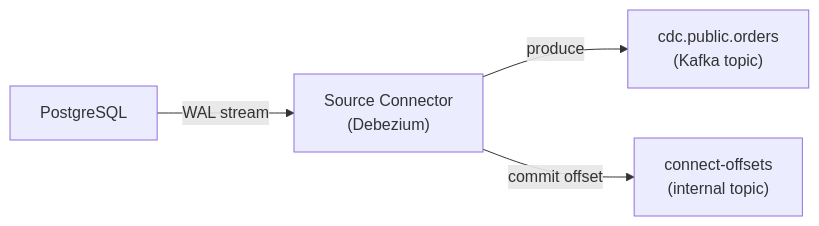
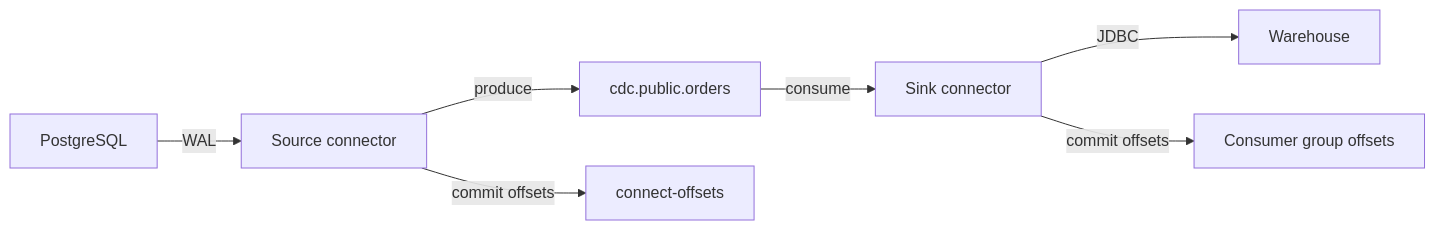
One commit to bmscomp/kates changed the third of 11 diagrams in docs/book/21-kafka-connect.md. Above: the diagram before and after it, drawn with Mermaid. The commit also changed other lines of this file and 52 other files, not shown here.

````diff
--- a/docs/book/21-kafka-connect.md
+++ b/docs/book/21-kafka-connect.md
@@ -268,9 +232,12 @@
 ```mermaid
-%%| label: fig-kc-source-connector-flow
-%%| fig-cap: "Source connector data flow streaming database WAL changes into a Kafka data topic while committing positions to connect-offsets."
-%%| fig-alt: "Flowchart showing PostgreSQL sending a WAL stream to a Source Connector (Debezium), which produces records to cdc.public.orders (Kafka topic) and commits source offsets to connect-offsets (internal topic)."
+%%| label: fig-kc-source-sink-flow
+%%| fig-cap: "A source connector produces to a topic and a sink consumes it; both record where they are, which is why the topics matter more than the workers."
+%%| fig-alt: "PostgreSQL feeds a source connector over the WAL, which produces to cdc.public.orders. A sink connector consumes that topic and writes to a warehouse over JDBC. The source connector also commits offsets to connect-offsets, and the sink connector to its consumer group's offsets."
 graph LR
-    DB["PostgreSQL"] -->|"WAL stream"| SC["Source Connector<br/>(Debezium)"]
-    SC -->|"produce"| Topic["cdc.public.orders<br/>(Kafka topic)"]
-    SC -->|"commit offset"| Offsets["connect-offsets<br/>(internal topic)"]
+    DB["PostgreSQL"] -->|"WAL"| SC["Source connector"]
+    SC -->|"produce"| T["cdc.public.orders"]
+    T -->|"consume"| SK["Sink connector"]
+    SK -->|"JDBC"| DW["Warehouse"]
+    SC -->|"commit offsets"| OFF["connect-offsets"]
+    SK -->|"commit offsets"| CG["Consumer group offsets"]
 ```
````
